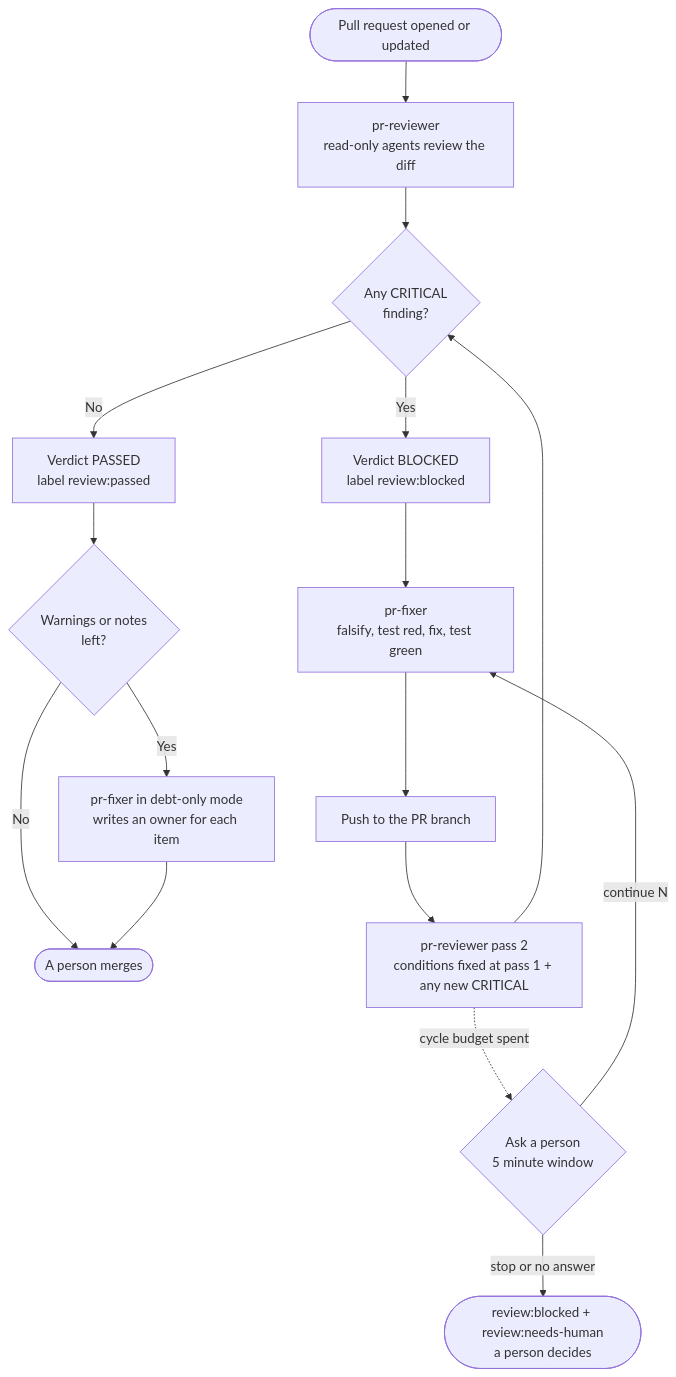
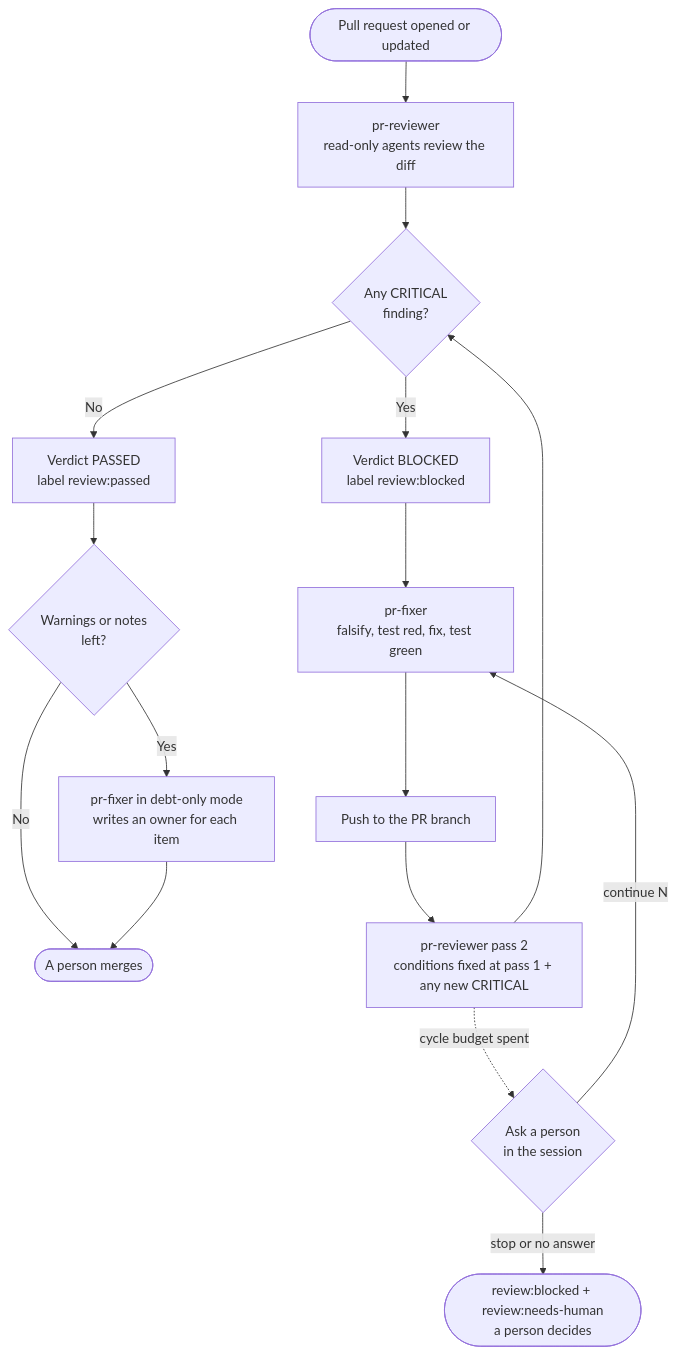
The diagram in docs/diagrams/01-overview.mmd (jonyfs/pr-reviewer-fixer), drawn with Mermaid before and after one commit. The commit also changed 56 other files, not shown here.

```diff
--- a/docs/diagrams/01-overview.mmd
+++ b/docs/diagrams/01-overview.mmd
@@ -1,16 +1,16 @@
 flowchart TD
     A([Pull request opened or updated]) --> B[pr-reviewer<br/>read-only agents review the diff]
     B --> C{Any CRITICAL<br/>finding?}
     C -- No --> D[Verdict PASSED<br/>label review:passed]
     C -- Yes --> E[Verdict BLOCKED<br/>label review:blocked]
     D --> F{Warnings or notes<br/>left?}
     F -- Yes --> G[pr-fixer in debt-only mode<br/>writes an owner for each item]
     F -- No --> H([A person merges])
     G --> H
     E --> I[pr-fixer<br/>falsify, test red, fix, test green]
     I --> J[Push to the PR branch]
     J --> K[pr-reviewer pass 2<br/>conditions fixed at pass 1 + any new CRITICAL]
     K --> C
-    K -. cycle budget spent .-> L{Ask a person<br/>5 minute window}
+    K -. cycle budget spent .-> L{Ask a person<br/>in the session}
     L -- continue N --> I
     L -- stop or no answer --> M([review:blocked + review:needs-human<br/>a person decides])
```
